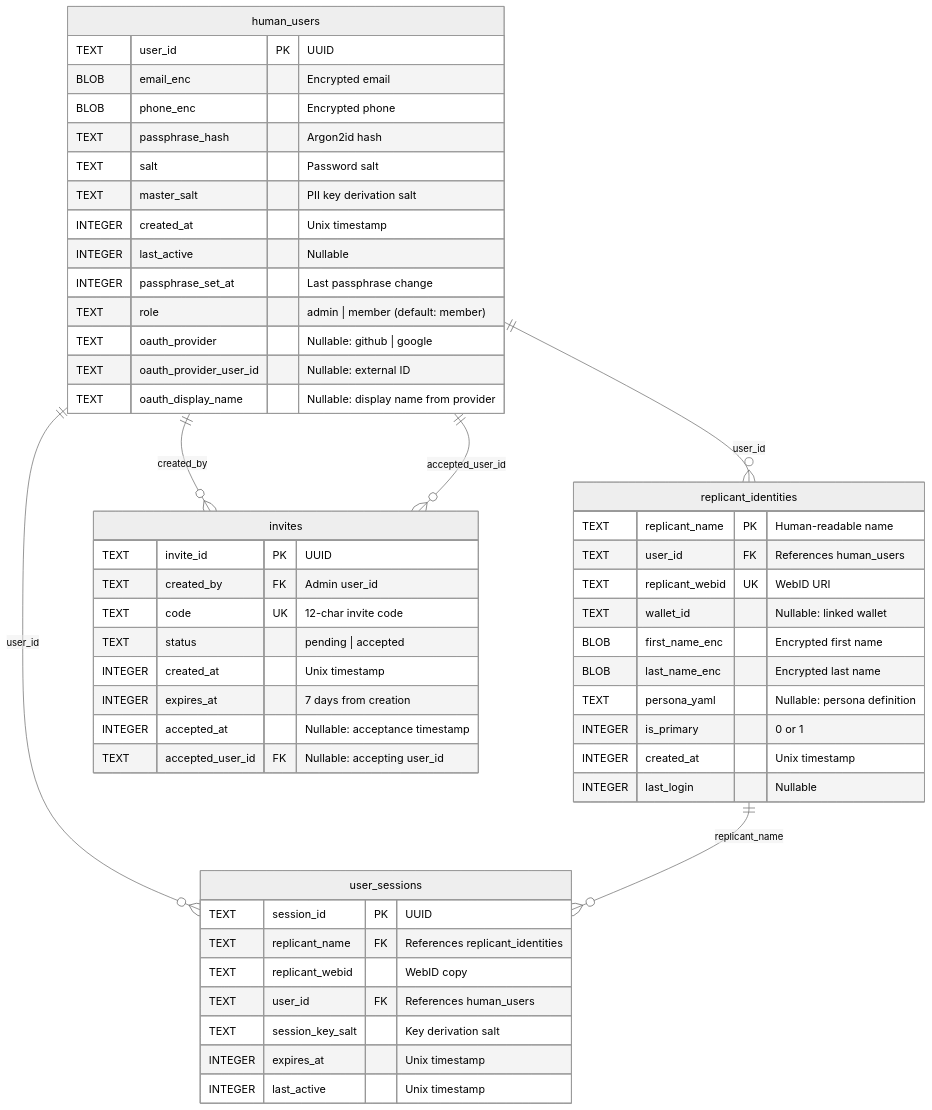
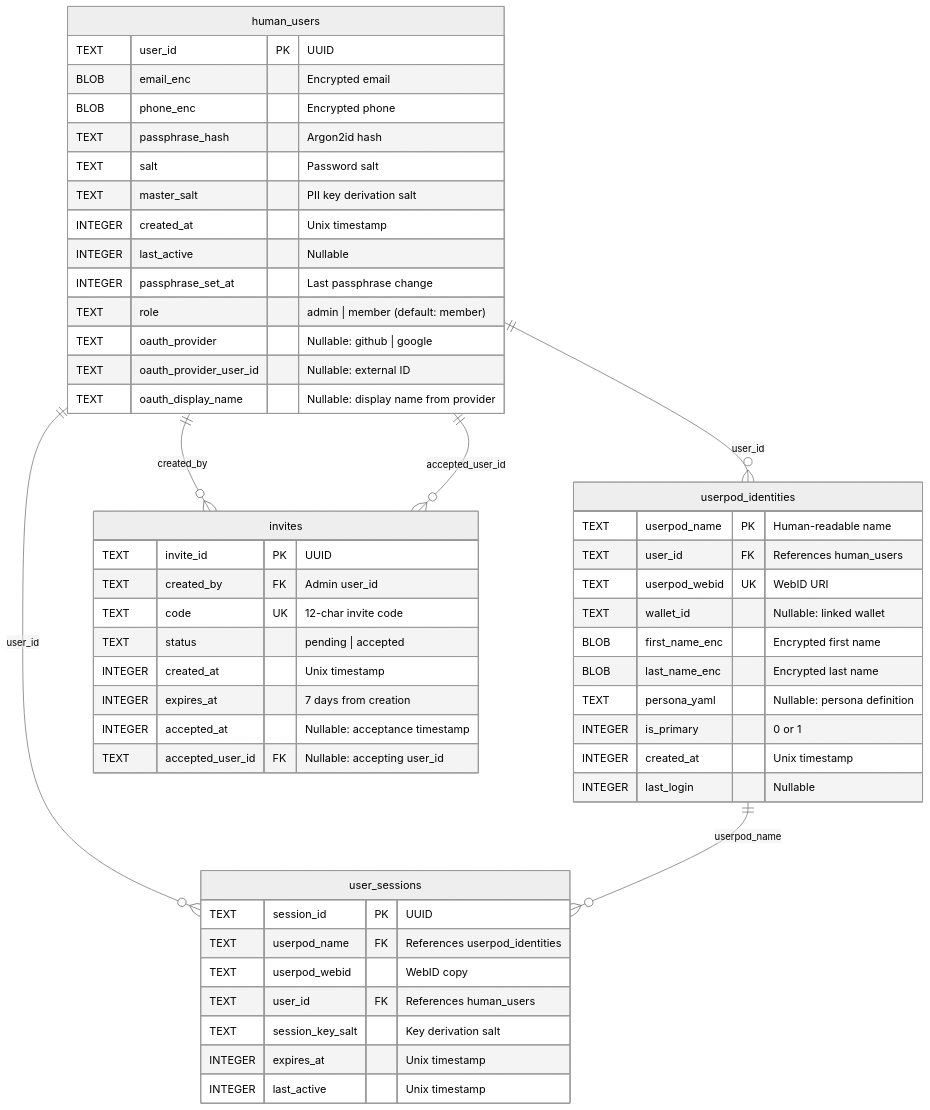
Before and after one commit to mdz-axo/hKask: diagram 18 of 24 in docs/architecture/core/hKask-architecture-master.md, drawn with Mermaid (neutral theme). The commit also changed other lines of this file and 42 other files, not shown here.

````diff
--- a/docs/architecture/core/hKask-architecture-master.md
+++ b/docs/architecture/core/hKask-architecture-master.md
@@ -5301,58 +5301,58 @@
 ```mermaid
 erDiagram
-    human_users ||--o{ replicant_identities : "user_id"
+    human_users ||--o{ userpod_identities : "user_id"
     human_users ||--o{ user_sessions : "user_id"
     human_users ||--o{ invites : "created_by"
     human_users ||--o{ invites : "accepted_user_id"
-    replicant_identities ||--o{ user_sessions : "replicant_name"
+    userpod_identities ||--o{ user_sessions : "userpod_name"
 
     human_users {
         TEXT user_id PK "UUID"
         BLOB email_enc "Encrypted email"
         BLOB phone_enc "Encrypted phone"
         TEXT passphrase_hash "Argon2id hash"
         TEXT salt "Password salt"
         TEXT master_salt "PII key derivation salt"
         INTEGER created_at "Unix timestamp"
         INTEGER last_active "Nullable"
         INTEGER passphrase_set_at "Last passphrase change"
         TEXT role "admin | member (default: member)"
         TEXT oauth_provider "Nullable: github | google"
         TEXT oauth_provider_user_id "Nullable: external ID"
         TEXT oauth_display_name "Nullable: display name from provider"
     }
 
-    replicant_identities {
-        TEXT replicant_name PK "Human-readable name"
+    userpod_identities {
+        TEXT userpod_name PK "Human-readable name"
         TEXT user_id FK "References human_users"
-        TEXT replicant_webid UK "WebID URI"
+        TEXT userpod_webid UK "WebID URI"
         TEXT wallet_id "Nullable: linked wallet"
         BLOB first_name_enc "Encrypted first name"
         BLOB last_name_enc "Encrypted last name"
         TEXT persona_yaml "Nullable: persona definition"
         INTEGER is_primary "0 or 1"
         INTEGER created_at "Unix timestamp"
         INTEGER last_login "Nullable"
     }
 
     user_sessions {
         TEXT session_id PK "UUID"
-        TEXT replicant_name FK "References replicant_identities"
-        TEXT replicant_webid "WebID copy"
+        TEXT userpod_name FK "References userpod_identities"
+        TEXT userpod_webid "WebID copy"
         TEXT user_id FK "References human_users"
         TEXT session_key_salt "Key derivation salt"
         INTEGER expires_at "Unix timestamp"
         INTEGER last_active "Unix timestamp"
     }
 
     invites {
         TEXT invite_id PK "UUID"
         TEXT created_by FK "Admin user_id"
         TEXT code UK "12-char invite code"
         TEXT status "pending | accepted"
         INTEGER created_at "Unix timestamp"
         INTEGER expires_at "7 days from creation"
         INTEGER accepted_at "Nullable: acceptance timestamp"
         TEXT accepted_user_id FK "Nullable: accepting user_id"
     }
 ```
````
